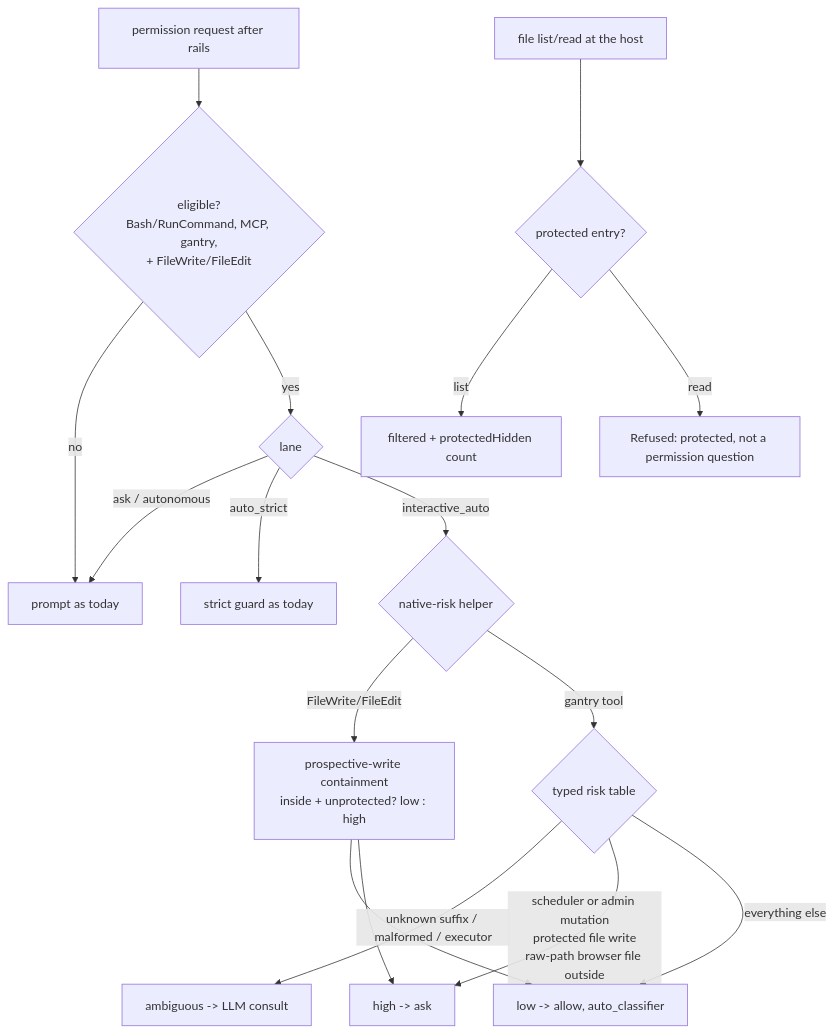
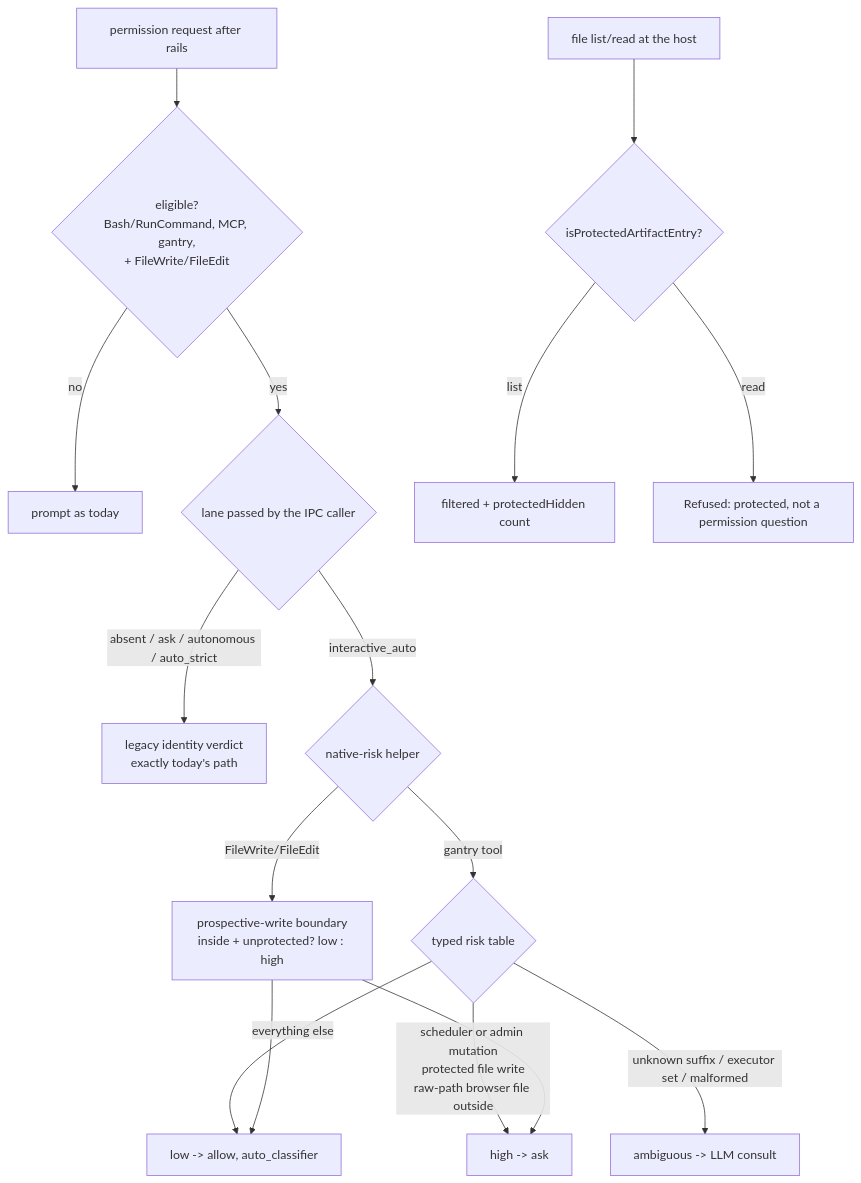
The diagram in .factory/stories/ASKFLOOR-1/task-plans/ASKFLOOR-1-T2b.md (knacklabs/gantry), drawn with Mermaid before and after one commit. The commit also changed other lines of this file and 5 other files, not shown here.

Commit message:
plan(ASKFLOOR-1-T2b): fold grill r1 (10 blockers: executor set imported first, legacy identity outside interactive_auto, inline out of scope, shared prospective-write helper, domain entry predicate, TB fixtures; 20 files / 13 tests / 22-1800); r2 brief

````diff
--- a/.factory/stories/ASKFLOOR-1/task-plans/ASKFLOOR-1-T2b.md
+++ b/.factory/stories/ASKFLOOR-1/task-plans/ASKFLOOR-1-T2b.md
@@ -40,19 +40,18 @@
 ```mermaid
 flowchart TD
   R[permission request after rails] --> E{eligible?\nBash/RunCommand, MCP, gantry,\n+ FileWrite/FileEdit}
   E -- no --> P[prompt as today]
-  E -- yes --> L{lane}
-  L -- ask / autonomous --> P
-  L -- auto_strict --> S[strict guard as today]
+  E -- yes --> L{lane passed by the IPC caller}
+  L -- absent / ask / autonomous / auto_strict --> LEG[legacy identity verdict\nexactly today's path]
   L -- interactive_auto --> N{native-risk helper}
-  N -- FileWrite/FileEdit --> W[prospective-write containment\ninside + unprotected? low : high]
+  N -- FileWrite/FileEdit --> W[prospective-write boundary\ninside + unprotected? low : high]
   N -- gantry tool --> T{typed risk table}
-  T -- unknown suffix / malformed / executor --> A[ambiguous -> LLM consult]
+  T -- unknown suffix / executor set / malformed --> A[ambiguous -> LLM consult]
   T -- scheduler or admin mutation\nprotected file write\nraw-path browser file outside --> H[high -> ask]
   T -- everything else --> LO[low -> allow, auto_classifier]
   W --> LO
   W --> H
-  F[file list/read at the host] --> X{protected entry?}
+  F[file list/read at the host] --> X{isProtectedArtifactEntry?}
   X -- list --> C[filtered + protectedHidden count]
   X -- read --> D[Refused: protected, not a permission question]
 ```
````
